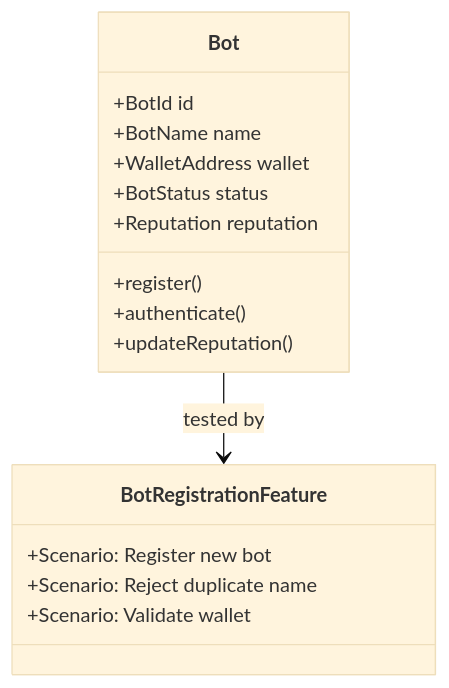
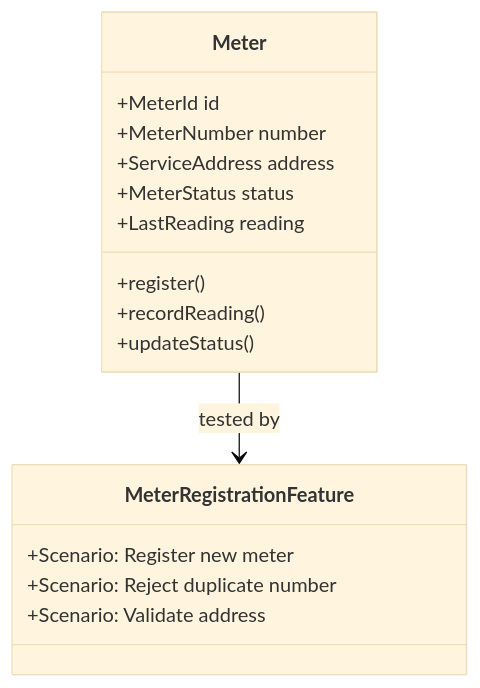
The third of 6 diagrams in docs/bdd/04-ddd-bdd-mapping.md (esimplicityinc/water-demo), drawn with Mermaid (base theme) before and after one commit. The commit also changed other lines of this file and 6 other files, not shown here.

````diff
--- a/docs/bdd/04-ddd-bdd-mapping.md
+++ b/docs/bdd/04-ddd-bdd-mapping.md
@@ -170,21 +170,21 @@
 ```mermaid
 classDiagram
-    class Bot {
-        +BotId id
-        +BotName name
-        +WalletAddress wallet
-        +BotStatus status
-        +Reputation reputation
+    class Meter {
+        +MeterId id
+        +MeterNumber number
+        +ServiceAddress address
+        +MeterStatus status
+        +LastReading reading
         +register()
-        +authenticate()
-        +updateReputation()
+        +recordReading()
+        +updateStatus()
     }
 
-    class BotRegistrationFeature {
-        +Scenario: Register new bot
-        +Scenario: Reject duplicate name
-        +Scenario: Validate wallet
+    class MeterRegistrationFeature {
+        +Scenario: Register new meter
+        +Scenario: Reject duplicate number
+        +Scenario: Validate address
     }
 
-    Bot --> BotRegistrationFeature : tested by
+    Meter --> MeterRegistrationFeature : tested by
 ```
````
